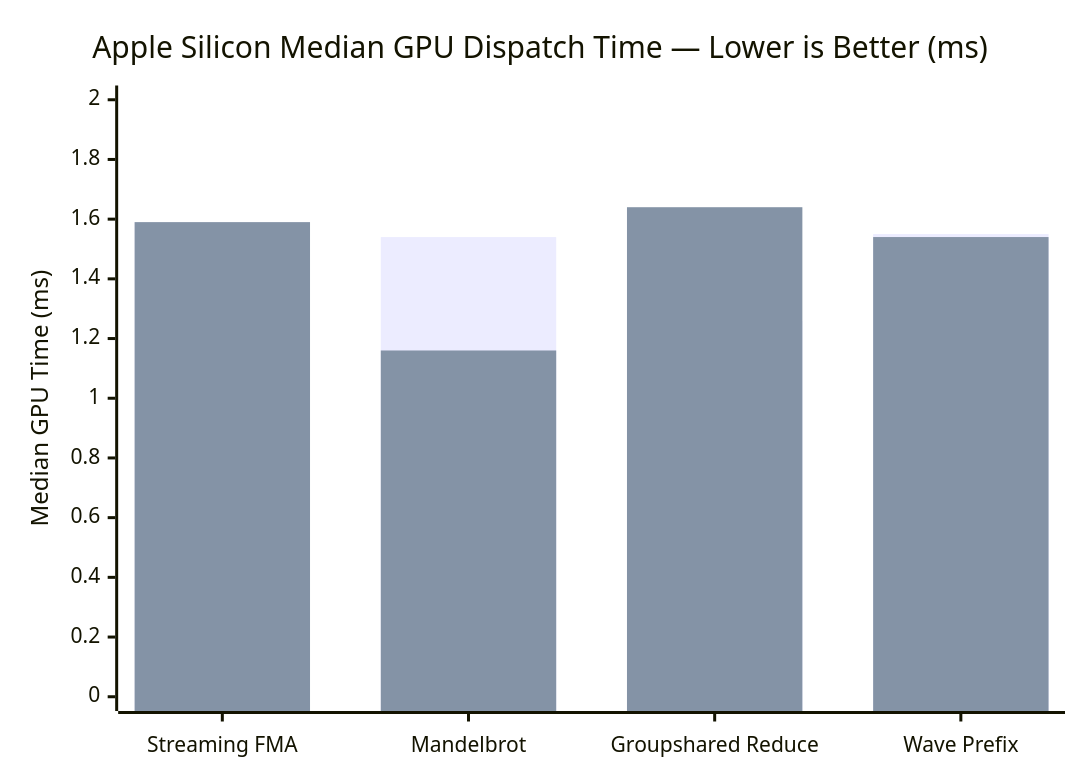
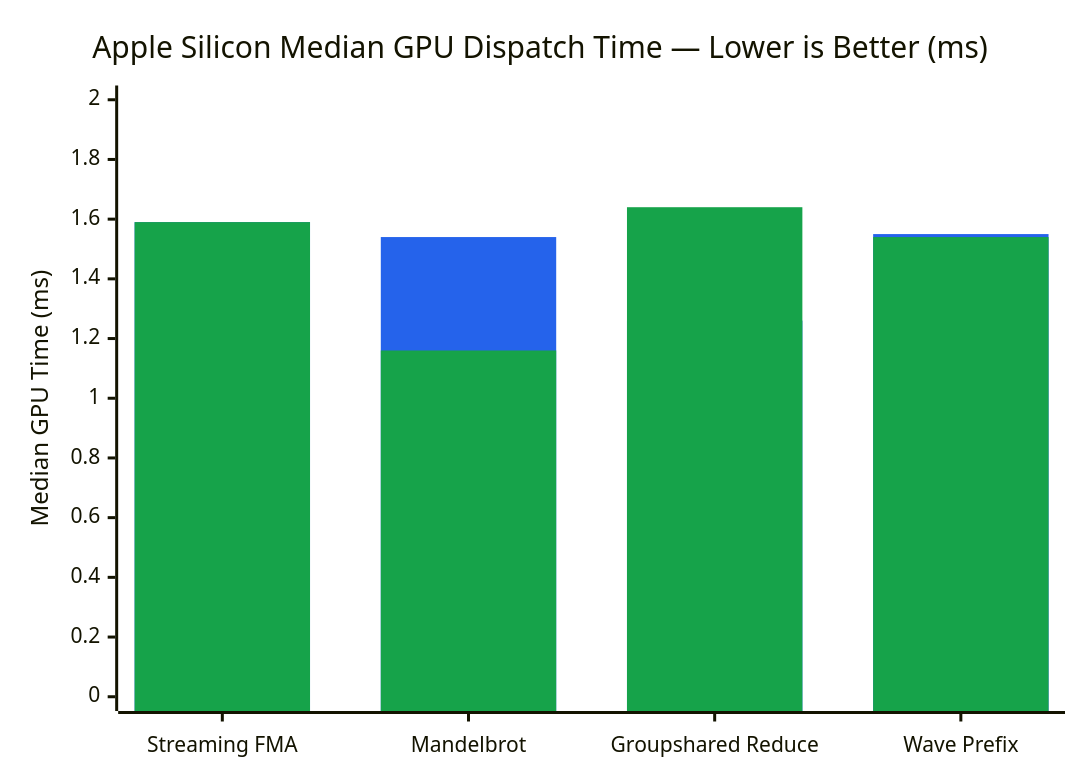
The second of 2 diagrams in README.md (farzonl/crucible), drawn with Mermaid before and after one commit. The commit also changed other lines of this file, not shown here.

Commit message:
Pin README benchmark chart colors with legend and note SPIR-V M4 support (#41)

````diff
--- a/README.md
+++ b/README.md
@@ -84,8 +84,9 @@
 ```mermaid
+%%{init: {"themeVariables": {"xyChart": {"plotColorPalette": "#2563eb, #16a34a"}}}}%%
 xychart-beta
     title "Apple Silicon Median GPU Dispatch Time — Lower is Better (ms)"
     x-axis ["Streaming FMA", "Mandelbrot", "Groupshared Reduce", "Wave Prefix"]
     y-axis "Median GPU Time (ms)" 0 --> 2.0
     bar [1.59, 1.54, 1.26, 1.55]
     bar [1.59, 1.16, 1.64, 1.54]
 ```
````
